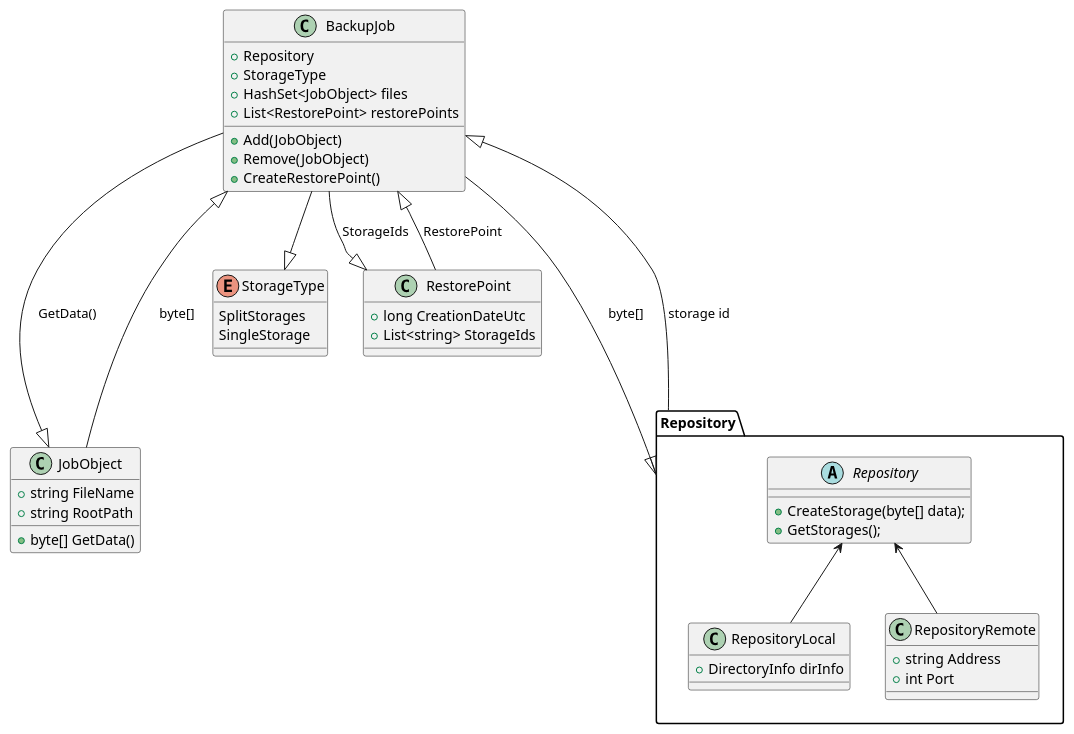
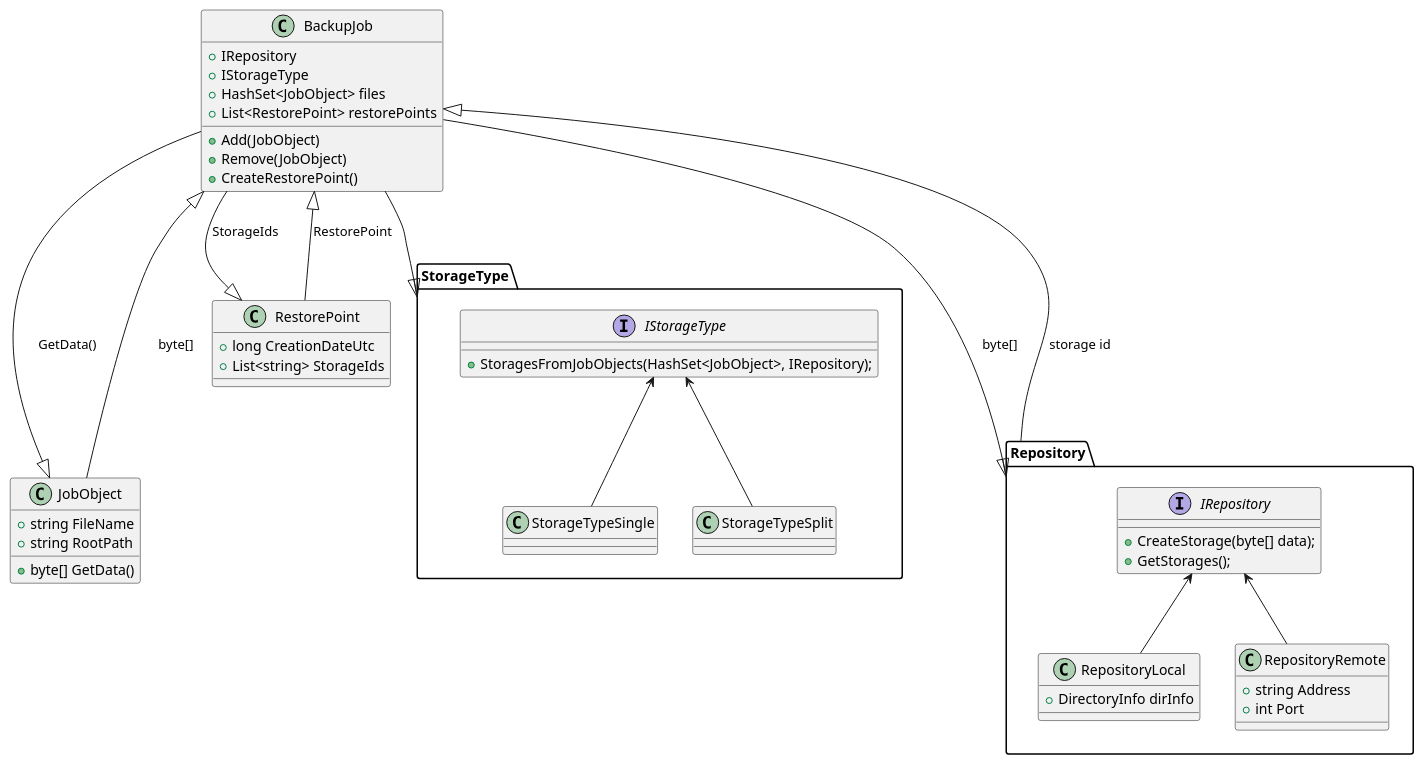
Before and after one commit to Danilaa56/itmo-sem-3-oop: the diagram in Backups/Backups UML.puml, drawn with PlantUML.

Commit message:
fix: updated UML scheme

```diff
--- a/Backups/Backups UML.puml
+++ b/Backups/Backups UML.puml
@@ -1,57 +1,66 @@
 @startuml
 'https://plantuml.com/class-diagram
 
 namespace Repository {
-    abstract class Repository {
+    interface IRepository {
         + CreateStorage(byte[] data);
         + GetStorages();
     }
 
     class RepositoryLocal {
         + DirectoryInfo dirInfo
     }
 
     class RepositoryRemote {
         + string Address
         + int Port
     }
 
-    Repository <-- RepositoryLocal
-    Repository <-- RepositoryRemote
+    IRepository <-- RepositoryLocal
+    IRepository <-- RepositoryRemote
+}
+namespace StorageType {
+    interface IStorageType {
+        + StoragesFromJobObjects(HashSet<JobObject>, IRepository);
+    }
+
+    class StorageTypeSingle {
+    }
+
+    class StorageTypeSplit {
+    }
+
+    IStorageType <-- StorageTypeSingle
+    IStorageType <-- StorageTypeSplit
 }
 class BackupJob {
-    + Repository
-    + StorageType
+    + IRepository
+    + IStorageType
     + HashSet<JobObject> files
     + List<RestorePoint> restorePoints
 
     + Add(JobObject)
     + Remove(JobObject)
     + CreateRestorePoint()
 }
 
 class JobObject {
     + string FileName
     + string RootPath
     + byte[] GetData()
-}
-
-enum StorageType{
-    SplitStorages
-    SingleStorage
 }
 
 class RestorePoint {
     + long CreationDateUtc
     + List<string> StorageIds
 }
 
 BackupJob -down-|> StorageType
 BackupJob -down-|> JobObject : GetData()
 BackupJob <|-down-- JobObject : byte[]
 BackupJob -down-|> RestorePoint : StorageIds
 BackupJob <|-down- RestorePoint : RestorePoint
 BackupJob --down-|> Repository : byte[]
 BackupJob <|-down-- Repository : storage id
 
 @enduml
```
